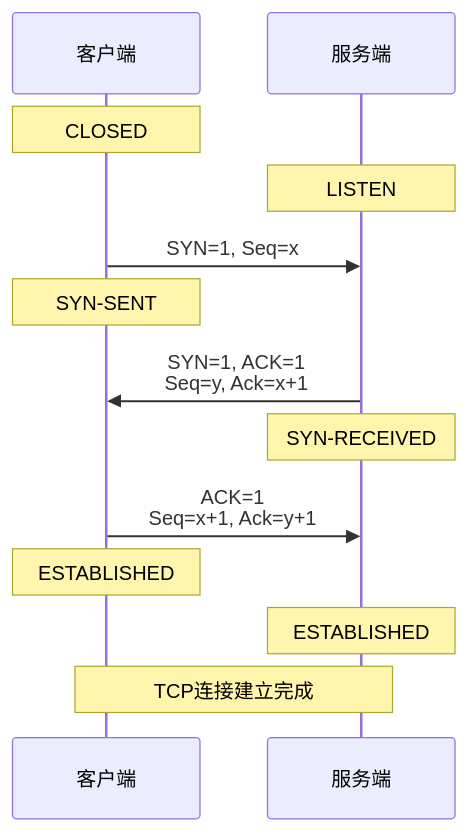
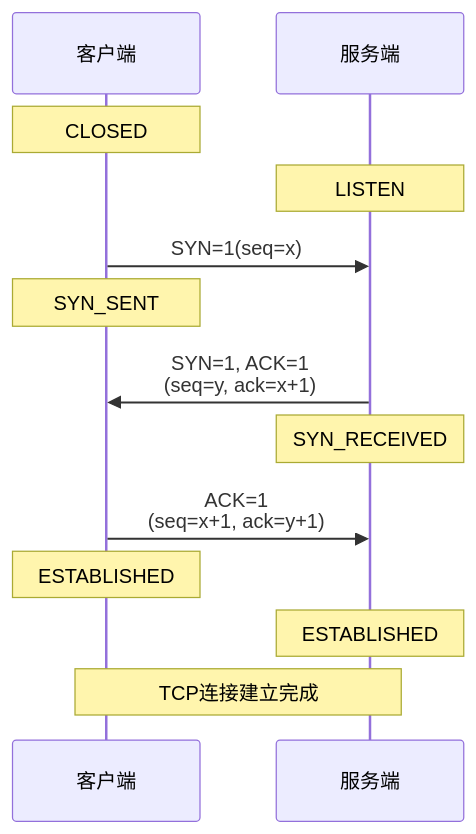
Before and after one commit to SLi-Man/knowledge: the first of 2 diagrams in notes/Network/TCP.md, drawn with Mermaid. The commit also changed other lines of this file and 1 other file, not shown here.

````diff
--- a/notes/Network/TCP.md
+++ b/notes/Network/TCP.md
@@ -4,20 +4,20 @@
 ```mermaid
 sequenceDiagram
     participant Client as 客户端
     participant Server as 服务端
 
     Note over Client: CLOSED
     Note over Server: LISTEN
 
-    Client->>Server: SYN=1, Seq=x
-    Note over Client: SYN-SENT
+    Client->>Server: SYN=1(seq=x)
+    Note over Client: SYN_SENT
 
-    Server->>Client: SYN=1, ACK=1<br/>Seq=y, Ack=x+1
-    Note over Server: SYN-RECEIVED
+    Server->>Client: SYN=1, ACK=1<br/>(seq=y, ack=x+1)
+    Note over Server: SYN_RECEIVED
 
-    Client->>Server: ACK=1<br/>Seq=x+1, Ack=y+1
+    Client->>Server: ACK=1<br/>(seq=x+1, ack=y+1)
     Note over Client: ESTABLISHED
     Note over Server: ESTABLISHED
 
     Note over Client,Server: TCP连接建立完成
 ```
````
